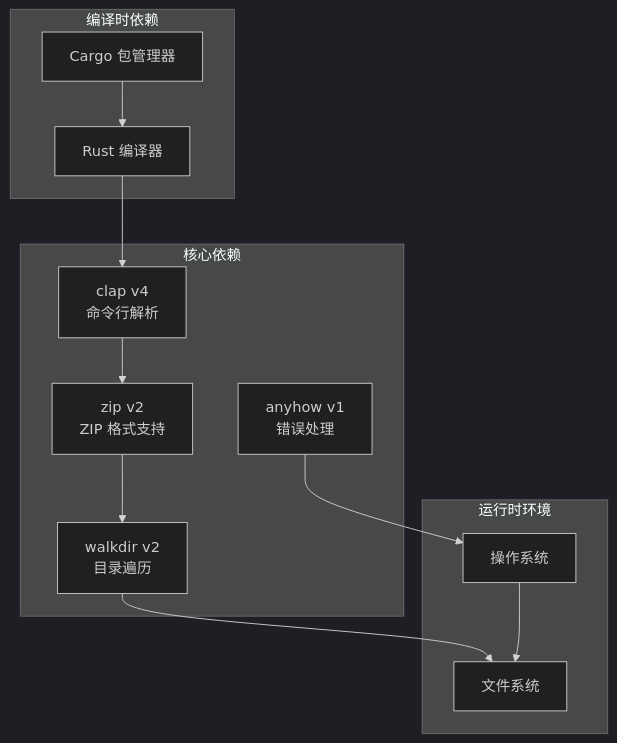
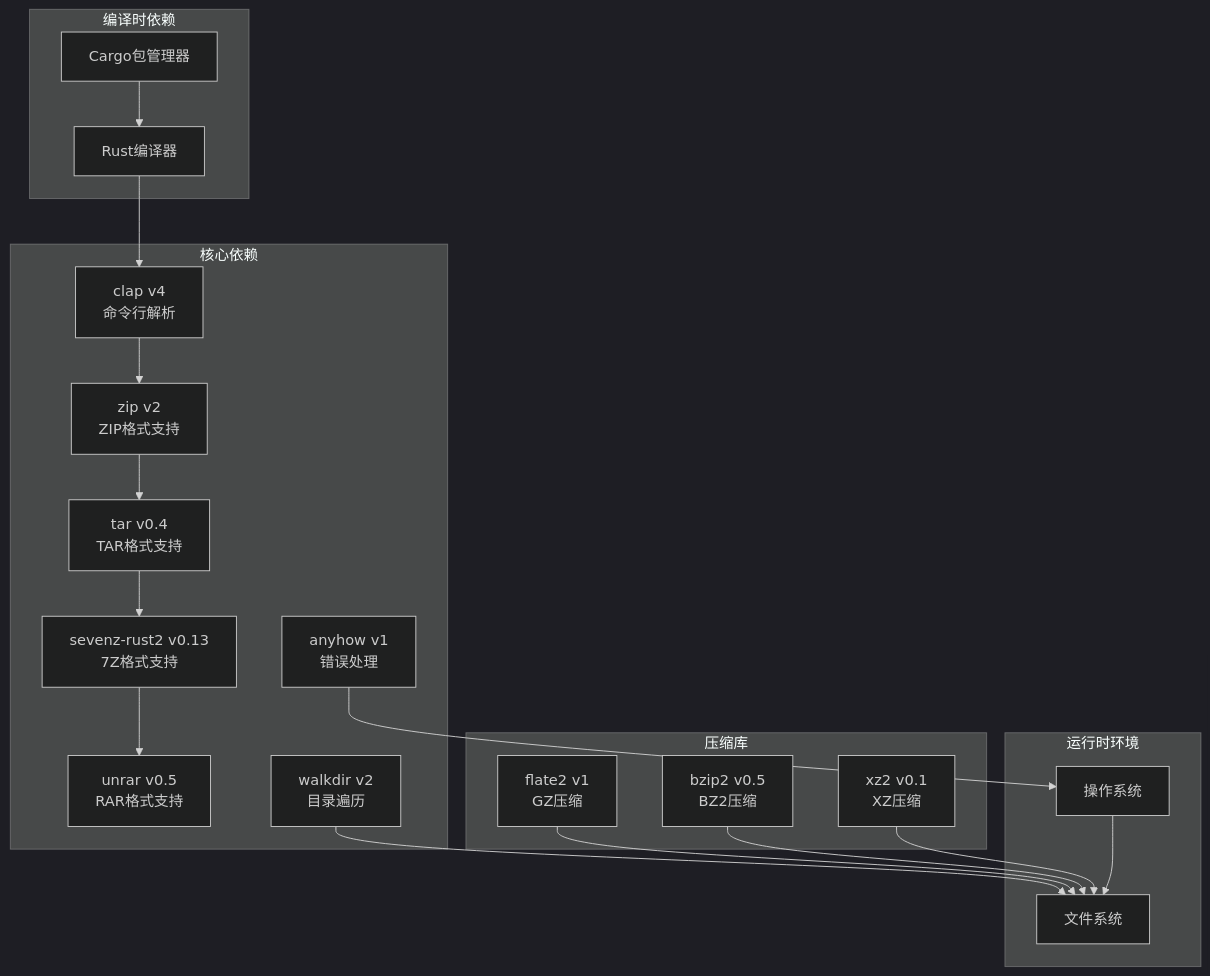
One commit to zhangjiacai-hub/myArchive changed the seventh of 7 diagrams in .qoder/repowiki/zh/content/命令参考手册.md. Above: the diagram before and after it, drawn with Mermaid (dark theme). The commit also changed other lines of this file and 6 other files, not shown here.

````diff
--- a/.qoder/repowiki/zh/content/命令参考手册.md
+++ b/.qoder/repowiki/zh/content/命令参考手册.md
@@ -444,24 +657,37 @@
 ```mermaid
 graph TB
 subgraph "核心依赖"
 Clap[clap v4<br/>命令行解析]
-Zip[zip v2<br/>ZIP 格式支持]
+Zip[zip v2<br/>ZIP格式支持]
+Tar[tar v0.4<br/>TAR格式支持]
+SevenZRust[sevenz-rust2 v0.13<br/>7Z格式支持]
+Unrar[unrar v0.5<br/>RAR格式支持]
 WalkDir[walkdir v2<br/>目录遍历]
 Anyhow[anyhow v1<br/>错误处理]
 end
+subgraph "压缩库"
+Flate2[flate2 v1<br/>GZ压缩]
+Bzip2[bzip2 v0.5<br/>BZ2压缩]
+Xz2[xz2 v0.1<br/>XZ压缩]
+end
 subgraph "编译时依赖"
-Rust[Rust 编译器]
-Cargo[Cargo 包管理器]
+Rust[Rust编译器]
+Cargo[Cargo包管理器]
 end
 subgraph "运行时环境"
 OS[操作系统]
 Filesystem[文件系统]
 end
 Clap --> Zip
-Zip --> WalkDir
+Zip --> Tar
+Tar --> SevenZRust
+SevenZRust --> Unrar
 Anyhow --> OS
 WalkDir --> Filesystem
+Flate2 --> Filesystem
+Bzip2 --> Filesystem
+Xz2 --> Filesystem
 Rust --> Clap
 Cargo --> Rust
 OS --> Filesystem
 ```
````
